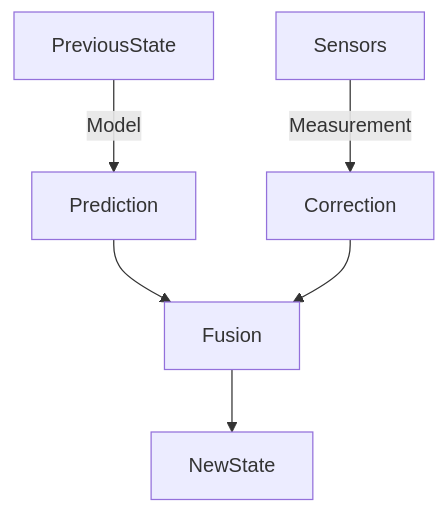
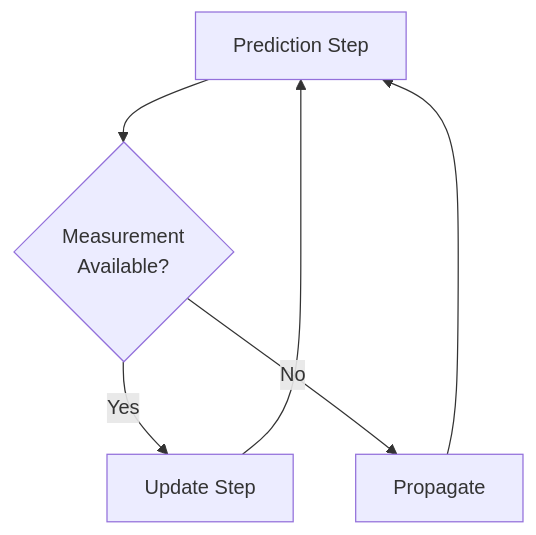
Before and after one commit to HassaanFisky/Physical-AI-Humanoid-Robots-Textbook: the first of 2 diagrams in book-site/docs/module-01-foundations/02-sensors-state-estimation.md, drawn with Mermaid. The commit also changed other lines of this file and 47 other files, not shown here.

````diff
--- a/book-site/docs/module-01-foundations/02-sensors-state-estimation.md
+++ b/book-site/docs/module-01-foundations/02-sensors-state-estimation.md
@@ -31,8 +81,8 @@
 ```mermaid
-flowchart TD
-    PreviousState -->|Model| Prediction
-    Sensors -->|Measurement| Correction
-    Prediction --> Fusion
-    Correction --> Fusion
-    Fusion --> NewState
+graph TD
+    A[Prediction Step] --> B{Measurement<br/>Available?}
+    B -->|Yes| C[Update Step]
+    B -->|No| D[Propagate]
+    C --> A
+    D --> A
 ```
````
